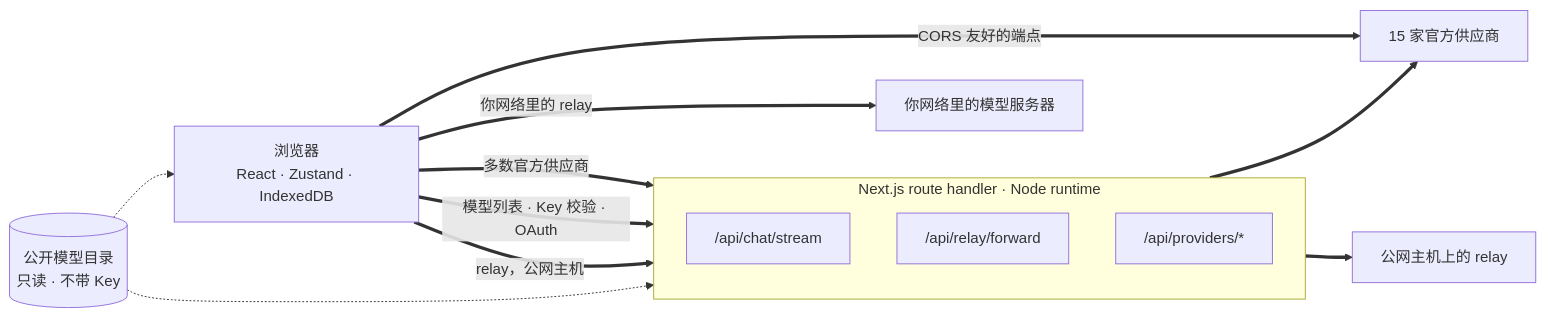
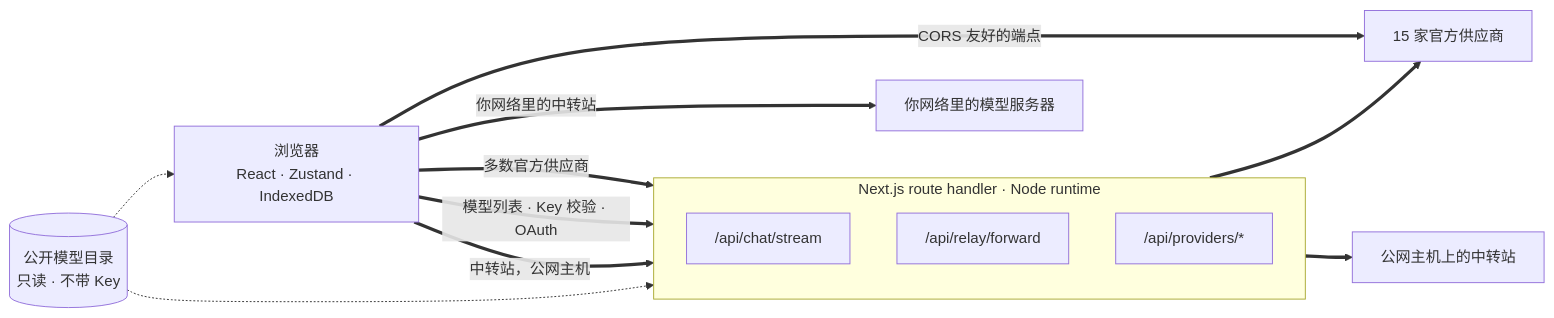
One commit to oriveo/oriveo changed the first of 2 diagrams in readme_i18n/zh-Hans/web.md. Above: the diagram before and after it, drawn with Mermaid. The commit also changed other lines of this file and 89 other files, not shown here.

````diff
--- a/readme_i18n/zh-Hans/web.md
+++ b/readme_i18n/zh-Hans/web.md
@@ -58,24 +59,24 @@
 ```mermaid
 flowchart LR
     browser["浏览器<br/>React · Zustand · IndexedDB"]
 
     subgraph server ["Next.js route handler · Node runtime"]
         direction TB
         chat["/api/chat/stream"]
         fwd["/api/relay/forward"]
         prov["/api/providers/*"]
     end
 
     official["15 家官方供应商"]
-    pubrelay["公网主机上的 relay"]
+    pubrelay["公网主机上的中转站"]
     lan["你网络里的模型服务器"]
     catalog[("公开模型目录<br/>只读 · 不带 Key")]
 
     browser ==>|"多数官方供应商"| chat ==> official
     browser ==>|"模型列表 · Key 校验 · OAuth"| prov
-    browser ==>|"relay，公网主机"| fwd ==> pubrelay
-    browser ==>|"你网络里的 relay"| lan
+    browser ==>|"中转站，公网主机"| fwd ==> pubrelay
+    browser ==>|"你网络里的中转站"| lan
     browser ==>|"CORS 友好的端点"| official
     catalog -.-> browser
     catalog -.-> chat
 ```
````
